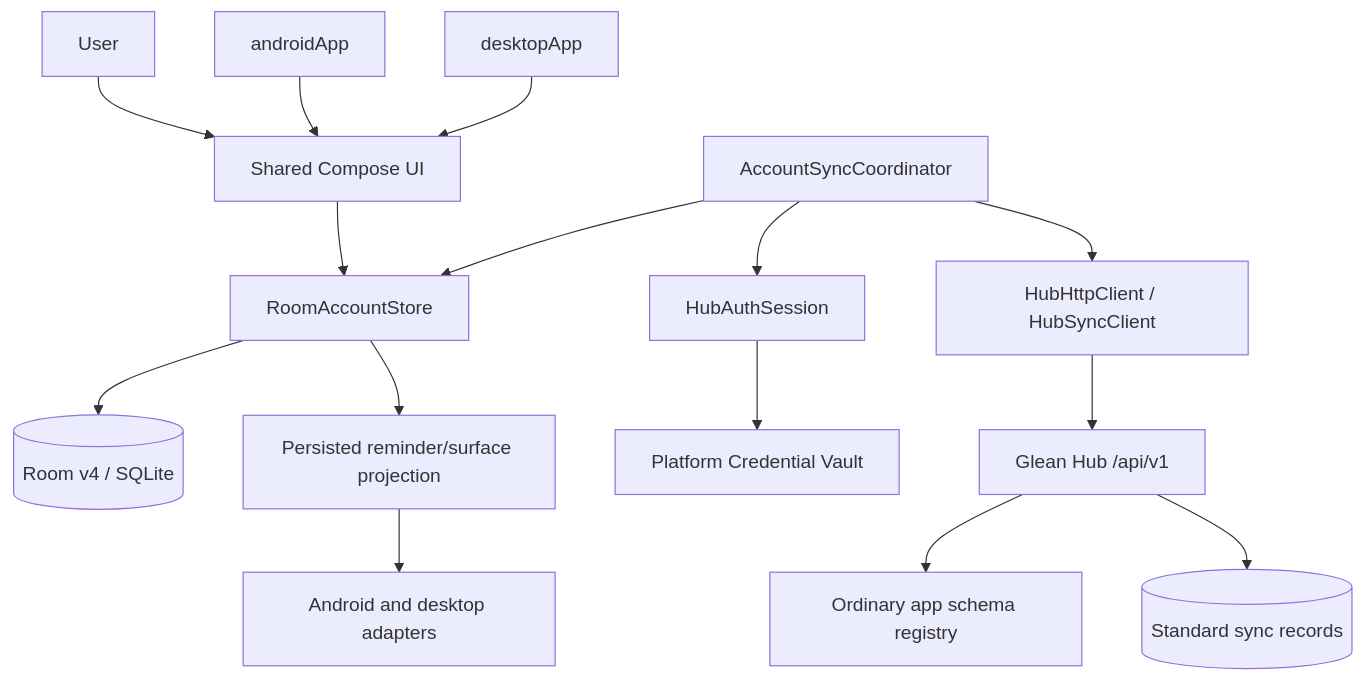
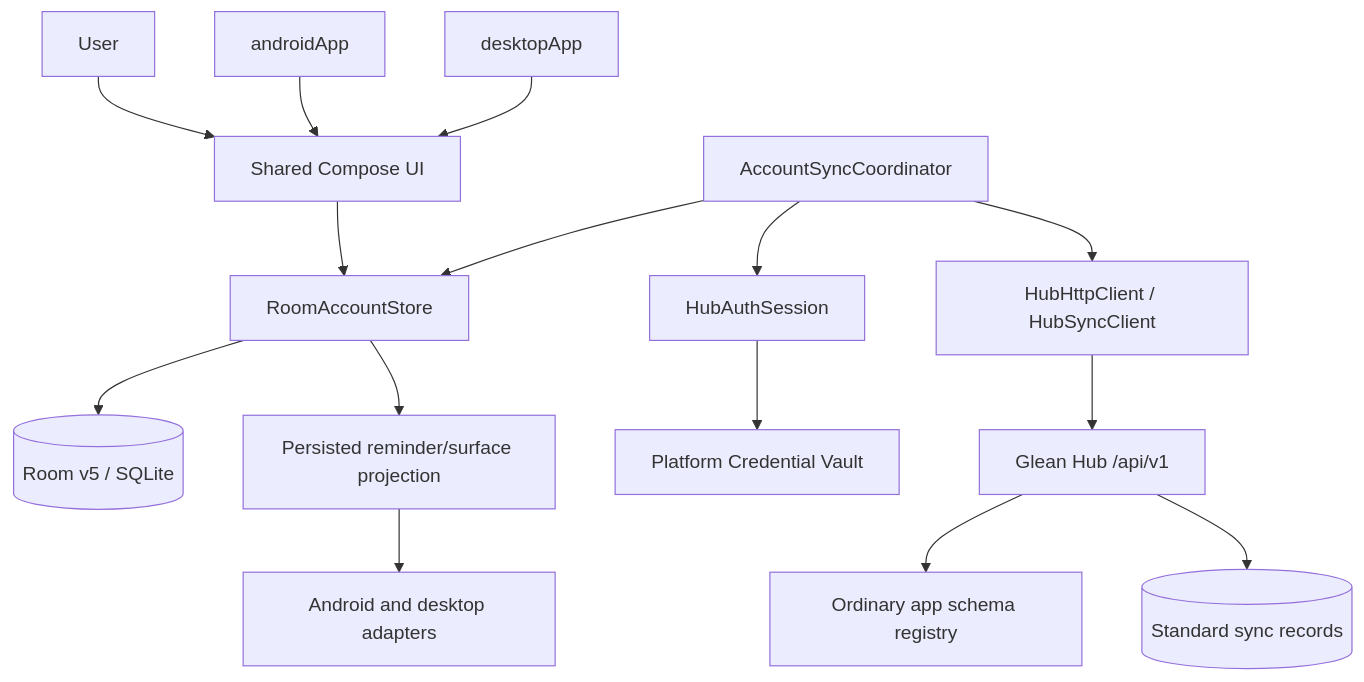
The first of 2 diagrams in docs/system-architecture.md (loidinhm31/tabby-rush), drawn with Mermaid before and after one commit. The commit also changed other lines of this file and 181 other files, not shown here.

````diff
--- a/docs/system-architecture.md
+++ b/docs/system-architecture.md
@@ -17,17 +17,17 @@
 ```mermaid
 flowchart TD
   User --> ComposeUI[Shared Compose UI]
   ComposeUI --> Store[RoomAccountStore]
-  Store --> DB[(Room v4 / SQLite)]
+  Store --> DB[(Room v5 / SQLite)]
   Coordinator[AccountSyncCoordinator] --> Store
   Coordinator --> Session[HubAuthSession]
   Session --> Vault[Platform Credential Vault]
   Coordinator --> HTTP[HubHttpClient / HubSyncClient]
   HTTP --> Hub[Glean Hub /api/v1]
   Hub --> Registry[Ordinary app schema registry]
   Hub --> Mongo[(Standard sync records)]
   Android[androidApp] --> ComposeUI
   Desktop[desktopApp] --> ComposeUI
   Store --> Scheduler[Persisted reminder/surface projection]
   Scheduler --> Platform[Android and desktop adapters]
 ```
````
